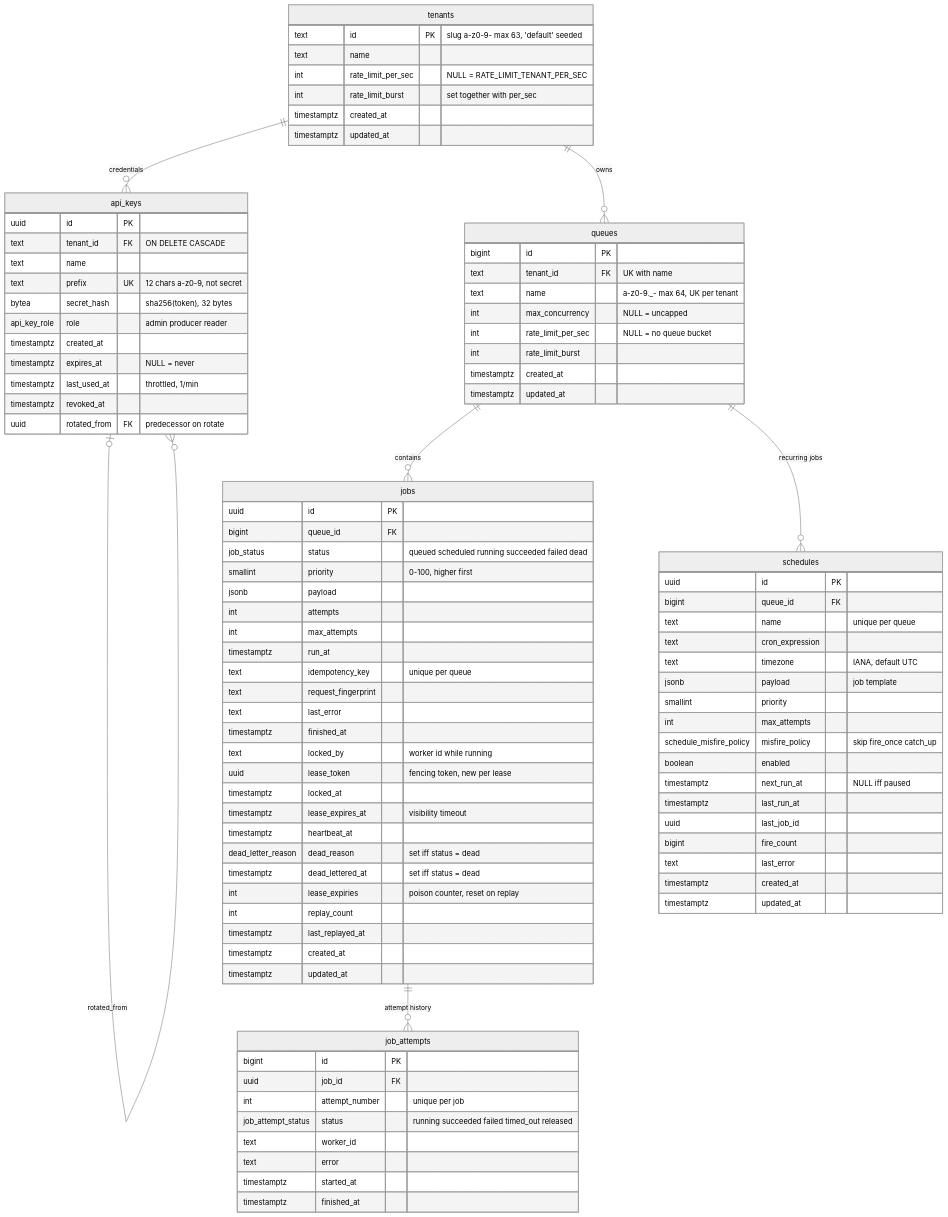
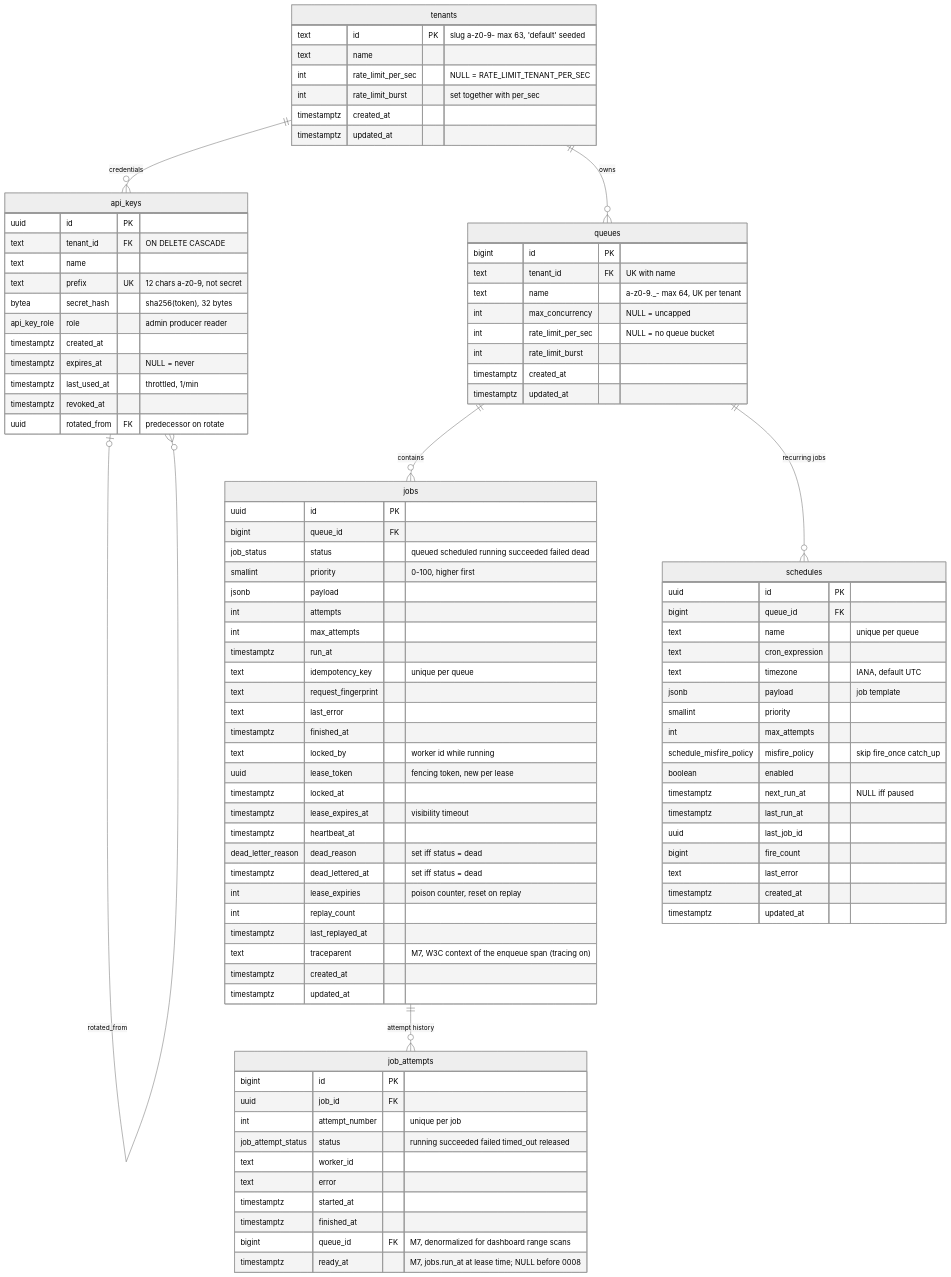
Before and after one commit to smraddhi18/pulsequeue: diagram 11 of 11 in README.md, drawn with Mermaid (neutral theme). The commit also changed other lines of this file and 1 other file, not shown here.

Commit message:
M7: README (observability architecture, dashboard/metrics/tracing docs, M7 decisions) and ROADMAP (M7 done)

````diff
--- a/README.md
+++ b/README.md
@@ -515,6 +625,7 @@
         int lease_expiries "poison counter, reset on replay"
         int replay_count
         timestamptz last_replayed_at
+        text traceparent "M7, W3C context of the enqueue span (tracing on)"
         timestamptz created_at
         timestamptz updated_at
     }
@@ -546,5 +657,7 @@
         text error
         timestamptz started_at
         timestamptz finished_at
+        bigint queue_id FK "M7, denormalized for dashboard range scans"
+        timestamptz ready_at "M7, jobs.run_at at lease time; NULL before 0008"
     }
 ```
````
